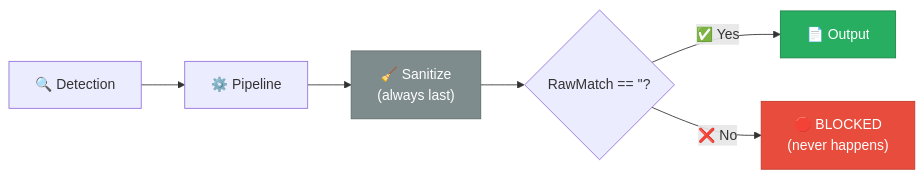
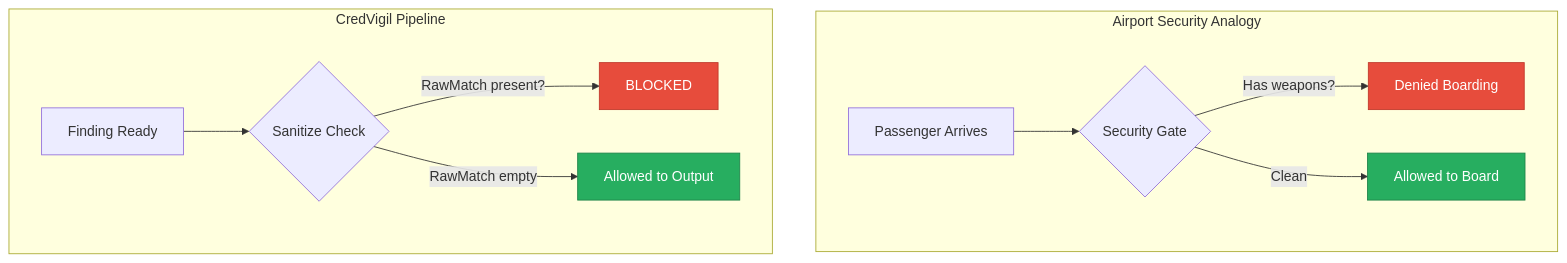
Before and after one commit to svemulapati/CredVigil: diagram 15 of 41 in docs/training/02-secure-hashing-metadata-pipeline.md, drawn with Mermaid. The commit also changed other lines of this file, not shown here.

First line of the commit message:
feat: add Component 2 — Secure Hashing & Metadata Pipeline

````diff
--- a/docs/training/02-secure-hashing-metadata-pipeline.md
+++ b/docs/training/02-secure-hashing-metadata-pipeline.md
@@ -276,11 +549,17 @@
 ```mermaid
-flowchart LR
-    A["🔍 Detection"] --> B["⚙️ Pipeline"]
-    B --> C["🧹 Sanitize\n(always last)"]
-    C --> D{"RawMatch == ''?"}
-    D -->|"✅ Yes"| E["📄 Output"]
-    D -->|"❌ No"| F["🛑 BLOCKED\n(never happens)"]
-    style C fill:#7F8C8D,stroke:#616A6B,color:#fff
-    style E fill:#27AE60,stroke:#1E8449,color:#fff
-    style F fill:#E74C3C,stroke:#C0392B,color:#fff
+flowchart TD
+    subgraph Airport["Airport Security Analogy"]
+        P1["Passenger Arrives"] --> G1{"Security Gate"}
+        G1 -->|"Has weapons?"| R1["Denied Boarding"]
+        G1 -->|"Clean"| B1["Allowed to Board"]
+    end
+    subgraph Pipeline["CredVigil Pipeline"]
+        P2["Finding Ready"] --> G2{"Sanitize Check"}
+        G2 -->|"RawMatch present?"| R2["BLOCKED"]
+        G2 -->|"RawMatch empty"| B2["Allowed to Output"]
+    end
+    style R1 fill:#E74C3C,stroke:#C0392B,color:#fff
+    style B1 fill:#27AE60,stroke:#1E8449,color:#fff
+    style R2 fill:#E74C3C,stroke:#C0392B,color:#fff
+    style B2 fill:#27AE60,stroke:#1E8449,color:#fff
 ```
````
